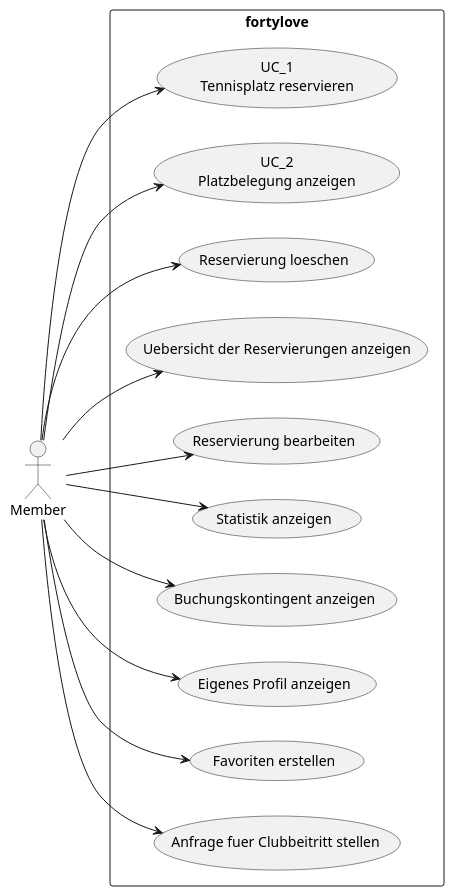
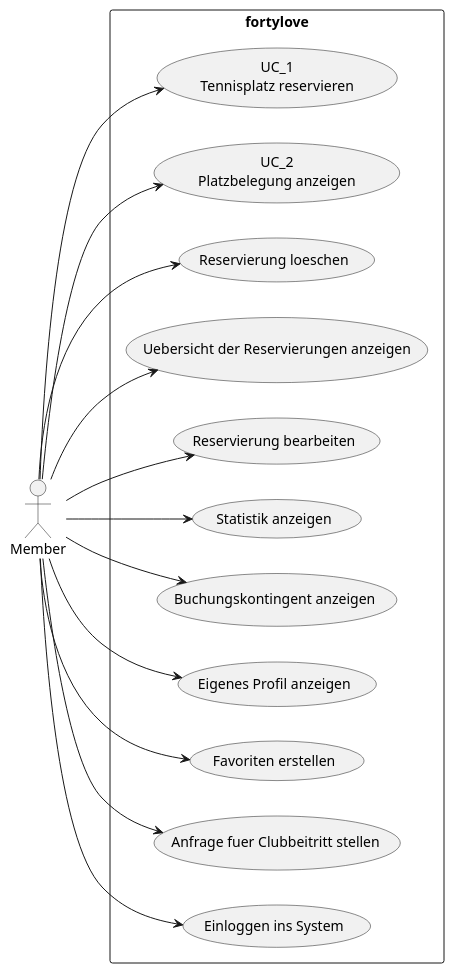
The diagram in documents/design/usecases/UseCasesMember.puml (incrediblybadcoder/fortylove), drawn with PlantUML before and after one commit. The commit also changed 4 other files, not shown here.

```diff
--- a/documents/design/usecases/UseCasesMember.puml
+++ b/documents/design/usecases/UseCasesMember.puml
@@ -1,17 +1,18 @@
 @startuml
 left to right direction
 actor "Member" as Actor
 rectangle fortylove {
     Actor --> (UC_1\nTennisplatz reservieren)
     Actor --> (UC_2\nPlatzbelegung anzeigen)
     Actor --> (Reservierung loeschen)
     Actor --> (Uebersicht der Reservierungen anzeigen)
     Actor --> (Reservierung bearbeiten)
     Actor --> (Statistik anzeigen)
     Actor --> (Buchungskontingent anzeigen)
     Actor --> (Eigenes Profil anzeigen)
     Actor --> (Favoriten erstellen)
     Actor --> (Anfrage fuer Clubbeitritt stellen)
+    Actor --> (Einloggen ins System)
 }
 
 @enduml
```
